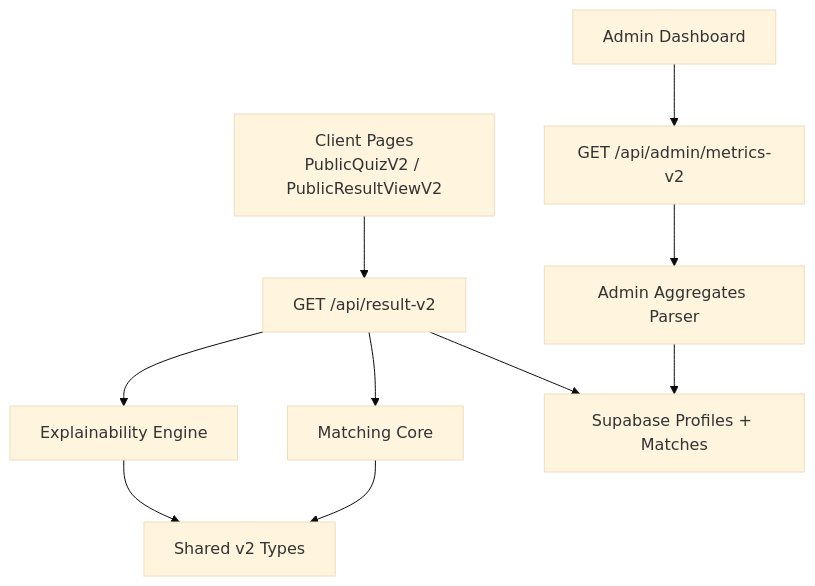
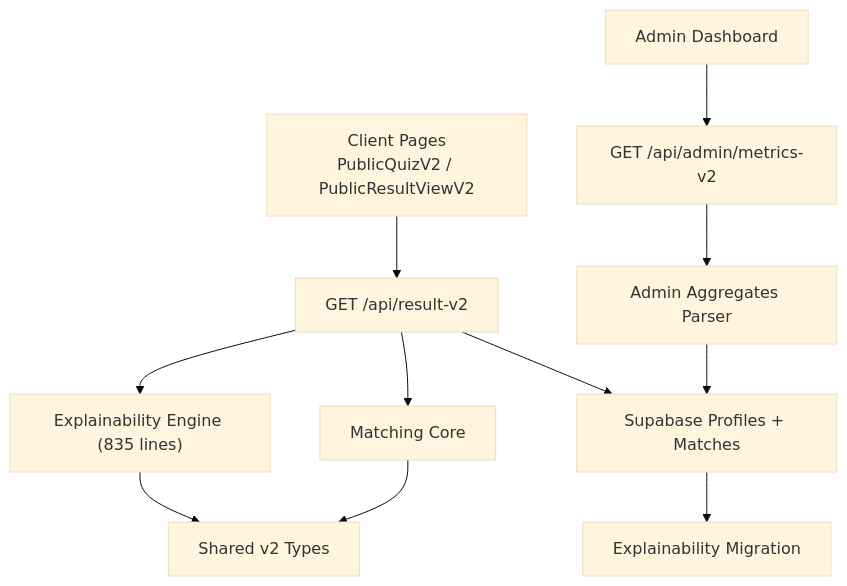
One commit to AmeliaDi/ProyectoENESZooMatch changed the first of 7 diagrams in .qoder/repowiki/en/content/Architecture Overview/Explainability & Analytics.md. Above: the diagram before and after it, drawn with Mermaid (base theme). The commit also changed other lines of this file and 43 other files, not shown here.

````diff
--- a/.qoder/repowiki/en/content/Architecture Overview/Explainability & Analytics.md
+++ b/.qoder/repowiki/en/content/Architecture Overview/Explainability & Analytics.md
@@ -42,12 +50,13 @@
 ```mermaid
 graph TB
 Client["Client Pages<br/>PublicQuizV2 / PublicResultViewV2"] --> ResultAPI["GET /api/result-v2"]
 AdminUI["Admin Dashboard"] --> MetricsAPI["GET /api/admin/metrics-v2"]
-ResultAPI --> Explainability["Explainability Engine"]
+ResultAPI --> Explainability["Explainability Engine (835 lines)"]
 ResultAPI --> MatchingCore["Matching Core"]
 ResultAPI --> Database["Supabase Profiles + Matches"]
 MetricsAPI --> AdminAggregates["Admin Aggregates Parser"]
 AdminAggregates --> Database
 Explainability --> Types["Shared v2 Types"]
 MatchingCore --> Types
+Database --> Migration["Explainability Migration"]
 ```
````
